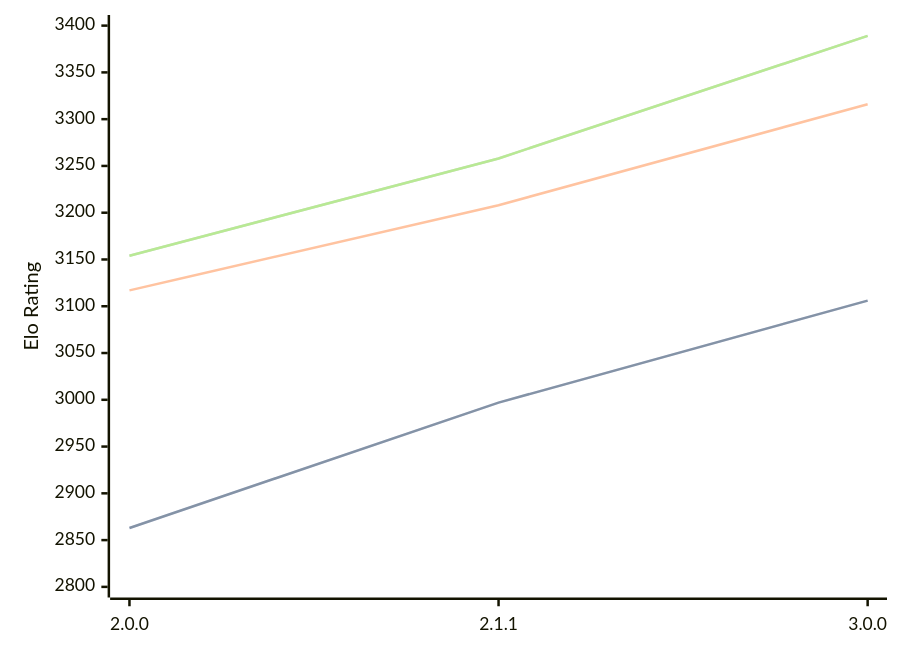
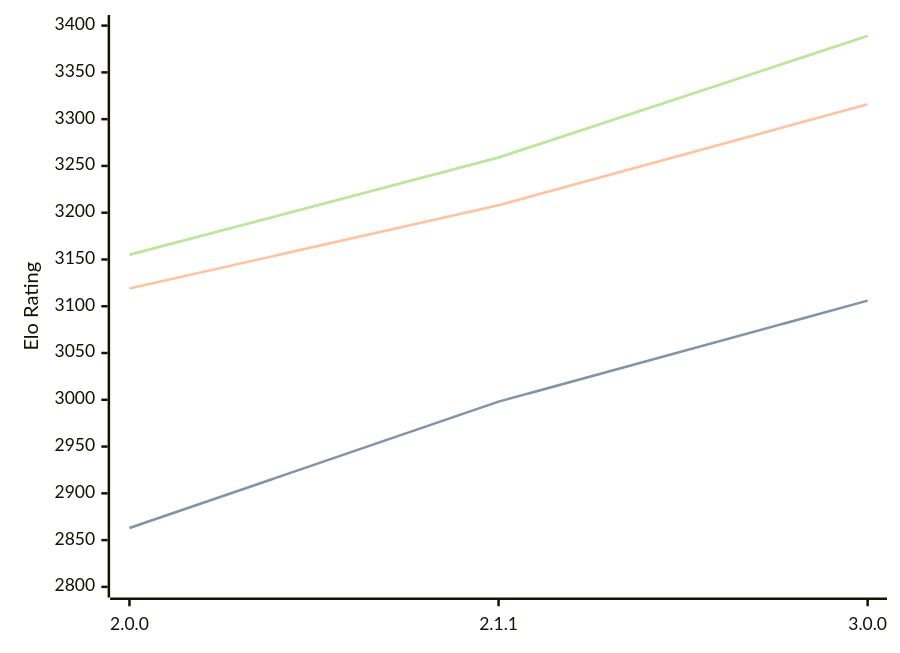
One commit to computer-chess-index/cci changed the diagram in engines/Bread.md. Above: the diagram before and after it, drawn with Mermaid. The commit also changed other lines of this file, not shown here.

Commit message:
Update CCI Ratings (ELO VLTC) - 2026-09-09

````diff
--- a/engines/Bread.md
+++ b/engines/Bread.md
@@ -36,11 +36,11 @@
 ```mermaid
 %%{init: {"theme":"base","themeVariables":{"seriesColors:['#a3a3a3','#222221','#faa371']}}}%%
 xychart-beta
   x-axis ["2.0.0", "2.1.1", "3.0.0"]
   y-axis "Elo Rating" 2800 --> 3400
-  line "" [2863, 2997, 3106]
-  line "STC (8.0+0.08s)" [2863, 2997, 3106]
-  line "LTC (60.0+0.60s)" [3117, 3208, 3316]
-  line "" [3154, 3258, 3389]
-  line "VLTC (2m24s+1.12s)" [3154, 3258, 3389]
+  line "" [2863, 2998, 3106]
+  line "STC (8.0+0.08s)" [2863, 2998, 3106]
+  line "LTC (60.0+0.60s)" [3119, 3208, 3316]
+  line "" [3155, 3259, 3389]
+  line "VLTC (2m24s+1.12s)" [3155, 3259, 3389]
 ```
````
